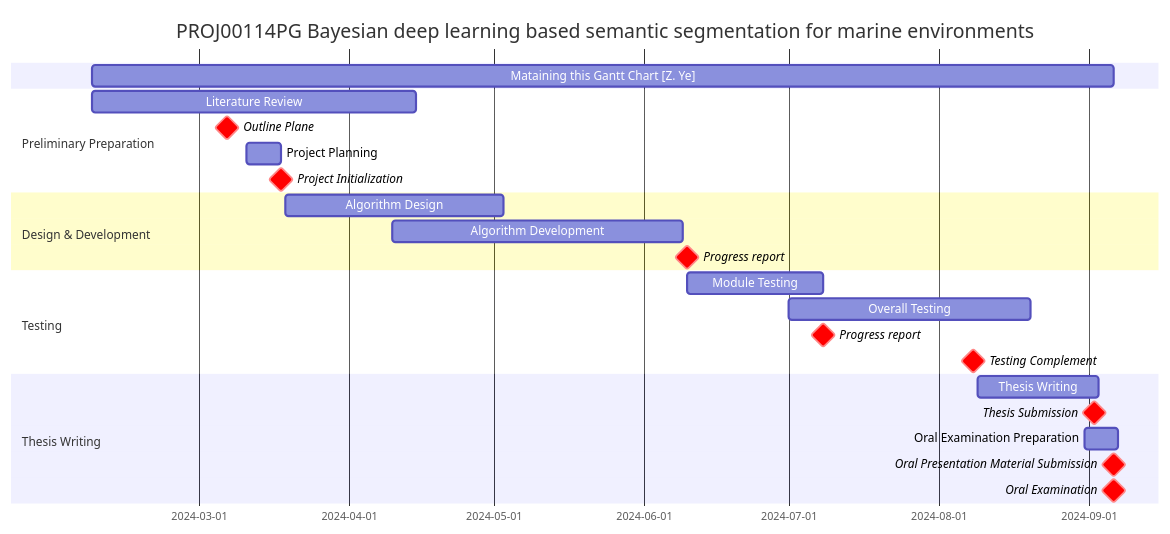
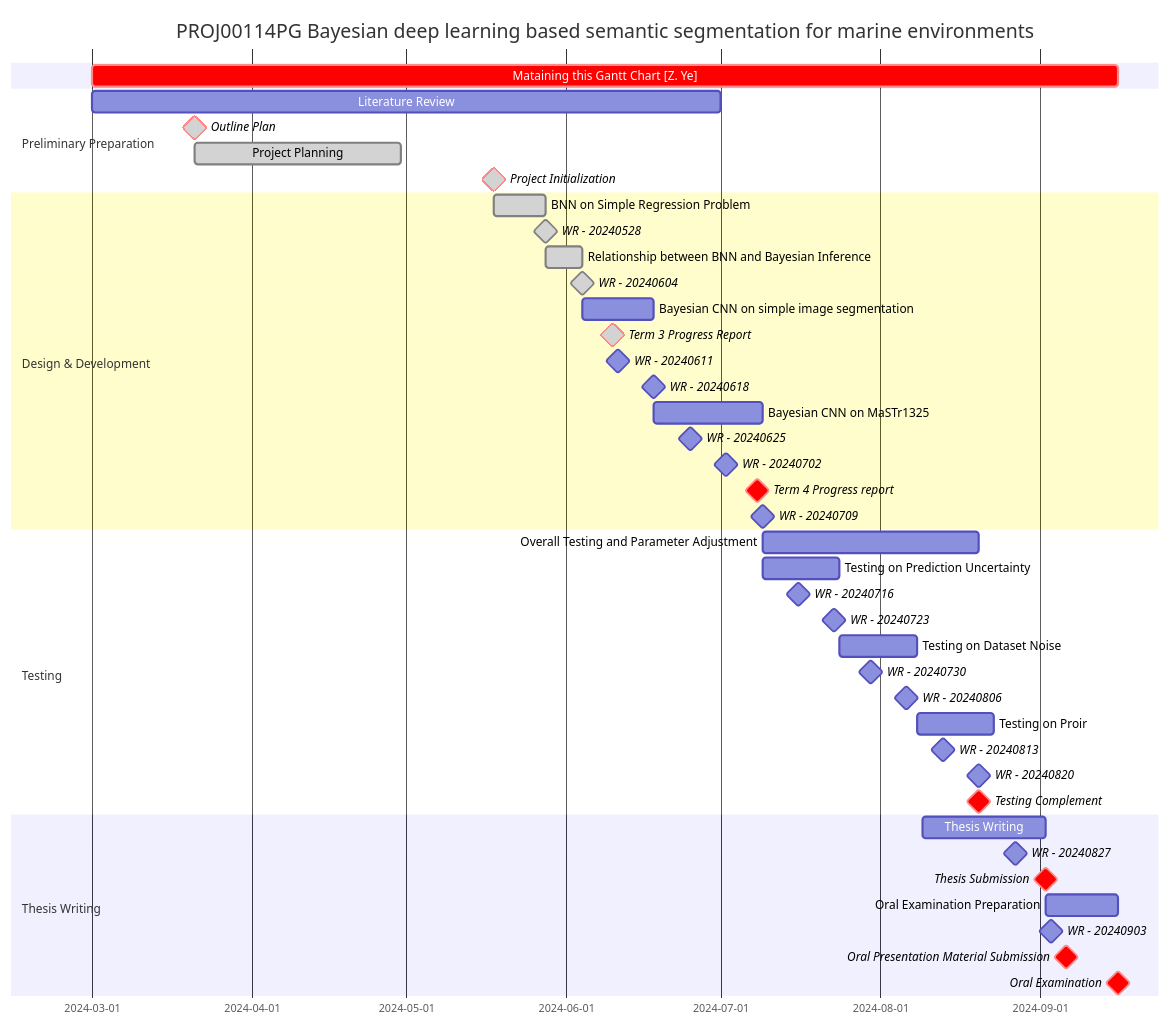
Before and after one commit to yezehao/BDL-based-semantic-segmentation: the diagram in README.md, drawn with Mermaid. The commit also changed other lines of this file, not shown here.

Commit message:
update Gantt chart in README

````diff
--- a/README.md
+++ b/README.md
@@ -2,32 +2,52 @@
 ```mermaid
 gantt
     dateFormat  YYYY-MM-DD
     title PROJ00114PG Bayesian deep learning based semantic segmentation for marine environments
 
-    Mataining this Gantt Chart [Z. Ye] : 2024-02-08, 2024-09-06
+    Mataining this Gantt Chart [Z. Ye] : crit, 2024-03-01, 2024-09-16
 
     section  Preliminary Preparation
-    Literature Review: 2024-02-08, 2024-04-15
-    Outline Plane: crit, milestone, 2024-03-07, 0d
-    Project Planning: 2024-03-11, 2024-03-18
-    Project Initialization: crit, milestone, 2024-03-18, 0d 
+    Literature Review: activate, 2024-03-01, 2024-07-01
+    Outline Plan: done, crit, milestone, 2024-03-21, 0d
+    Project Planning: done, 2024-03-21, 2024-04-30
+    Project Initialization: done, crit, milestone, 2024-05-18, 0d 
 
     section Design & Development
-    Algorithm Design: 2024-03-19, 45d
-    Algorithm Development : 2024-04-10, 60d
-    Progress report: crit, milestone, 2024-06-10, 0d
+    BNN on Simple Regression Problem: done, 2024-05-18, 2024-05-28
+    WR - 20240528: done, milestone, 2024-05-28, 0d
+    Relationship between BNN and Bayesian Inference: done, 2024-05-28, 2024-06-04
+    WR - 20240604: done, milestone, 2024-06-04, 0d
+    Bayesian CNN on simple image segmentation: activate, 2024-06-04, 14d
+    Term 3 Progress Report: done, crit, milestone, 2024-06-10, 0d
+    WR - 20240611: milestone, 2024-06-11, 0d
+    WR - 20240618: milestone, 2024-06-18, 0d
+    Bayesian CNN on MaSTr1325: 2024-06-18, 21d
+    WR - 20240625: milestone, 2024-06-25, 0d
+    WR - 20240702: milestone, 2024-07-02, 0d
+    Term 4 Progress report: crit, milestone, 2024-07-08, 0d
+    WR - 20240709: milestone, 2024-07-09, 0d
+
 
     section Testing
-    Module Testing: 2024-06-10, 28d
-    Overall Testing: 2024-06-31, 50d
-    Progress report: crit, milestone, 2024-07-08, 0d
-    Testing Complement: crit, milestone, 2024-08-08, 0d
+    Overall Testing and Parameter Adjustment: 2024-07-09, 2024-08-20
+    Testing on Prediction Uncertainty: TPU, 2024-07-09, 15d
+    WR - 20240716: milestone, 2024-07-16, 0d
+    WR - 20240723: milestone, 2024-07-23, 0d
+    Testing on Dataset Noise: TDN, after TPU, 15d
+    WR - 20240730: milestone, 2024-07-30, 0d
+    WR - 20240806: milestone, 2024-08-06, 0d
+    Testing on Proir: TP, after TDN, 15d
+    WR - 20240813: milestone, 2024-08-13, 0d
+    WR - 20240820: milestone, 2024-08-20, 0d
+    Testing Complement: crit, milestone, 2024-08-20, 0d
 
     section Thesis Writing
-    Thesis Writing: 2024-08-09, 25d
+    Thesis Writing: 2024-08-09, 2024-09-02
+    WR - 20240827: milestone, 2024-08-27, 0d
     Thesis Submission: crit, milestone, 2024-09-02, 0d
-    Oral Examination Preparation : 2024-08-31, 7d
+    Oral Examination Preparation : 2024-09-02, 2024-09-16
+    WR - 20240903: milestone, 2024-09-03, 0d
     Oral Presentation Material Submission: crit, milestone, 2024-09-06, 0d
-    Oral Examination: crit, milestone, 2024-09-06, 0d
+    Oral Examination: crit, milestone, 2024-09-16, 0d
 
 ```
````
